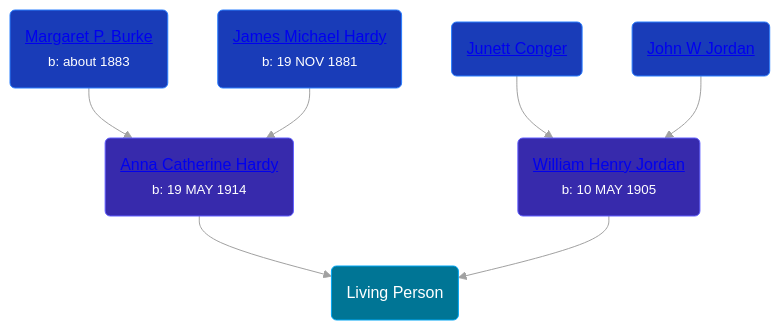
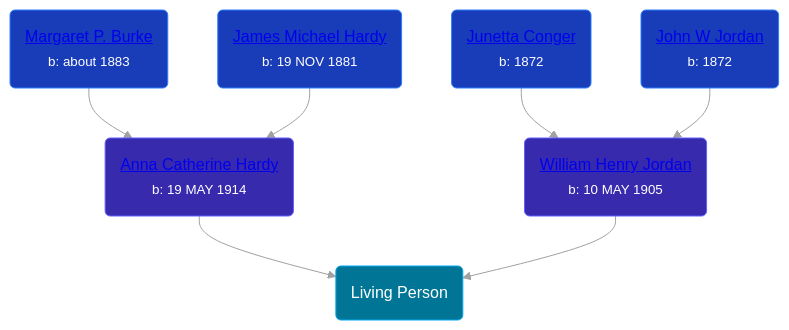
The diagram in pages/people/8/81156064.md (wpmgotkh/wpmgotkh.github.io), drawn with Mermaid before and after one commit. The commit also changed 213 other files, not shown here.

````diff
--- a/pages/people/8/81156064.md
+++ b/pages/people/8/81156064.md
@@ -10,14 +10,14 @@
 ```mermaid
 graph
 classDef grands fill:#193cb8,stroke:#2b7fff,stroke-width:1px,color:#fff;
 classDef parents fill:#372aac,stroke:#615fff,stroke-width:1px,color:#fff;
 classDef primary fill:#007595,stroke:#00a6f4,stroke-width:1px,color:#fff;
 81156064(Living Person):::primary
 25919759(<a class="text-white" href="/people/2/25919759">Anna Catherine Hardy</a><br /><small>b: 19 MAY 1914</small>):::parents-->81156064
 29782872(<a class="text-white" href="/people/2/29782872">Margaret P. Burke</a><br /><small>b: about 1883</small>):::grands-->25919759
 11204316(<a class="text-white" href="/people/1/11204316">James Michael Hardy</a><br /><small>b: 19 NOV 1881</small>):::grands-->25919759
 32091032(<a class="text-white" href="/people/3/32091032">William Henry Jordan</a><br /><small>b: 10 MAY 1905</small>):::parents-->81156064
-55321016(<a class="text-white" href="/people/5/55321016">Junett Conger</a>):::grands-->32091032
-97595723(<a class="text-white" href="/people/9/97595723">John W Jordan</a>):::grands-->32091032
+55321016(<a class="text-white" href="/people/5/55321016">Junetta Conger</a><br /><small>b: 1872</small>):::grands-->32091032
+97595723(<a class="text-white" href="/people/9/97595723">John W Jordan</a><br /><small>b: 1872</small>):::grands-->32091032
 linkStyle default stroke:#a1a1a1
 ```
````
